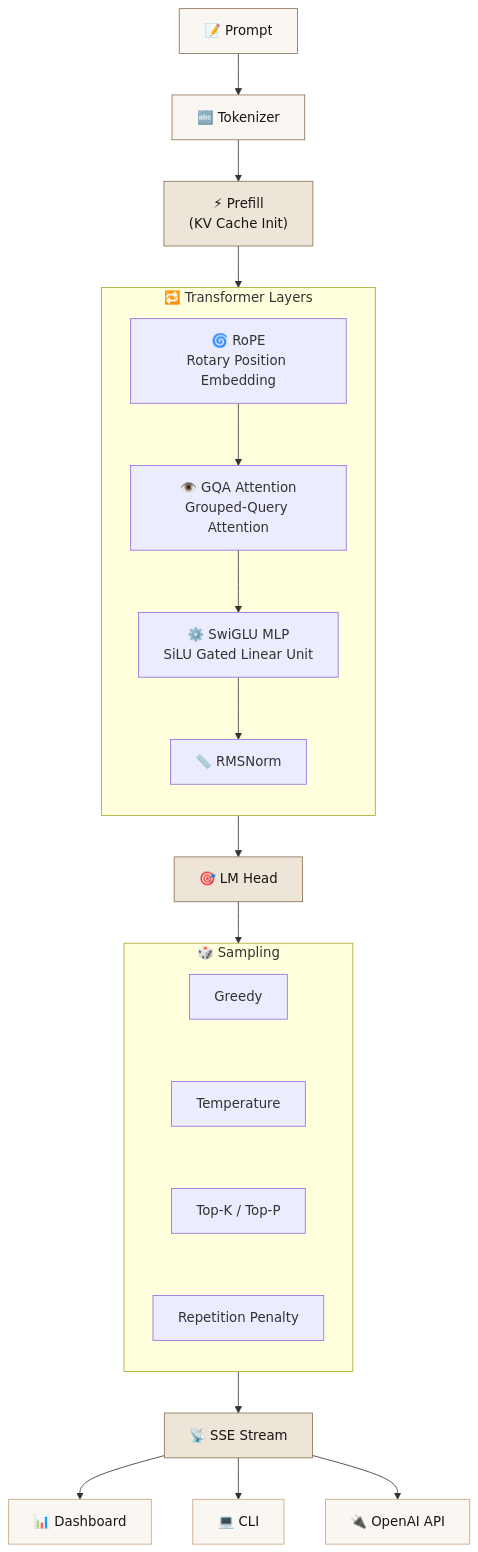
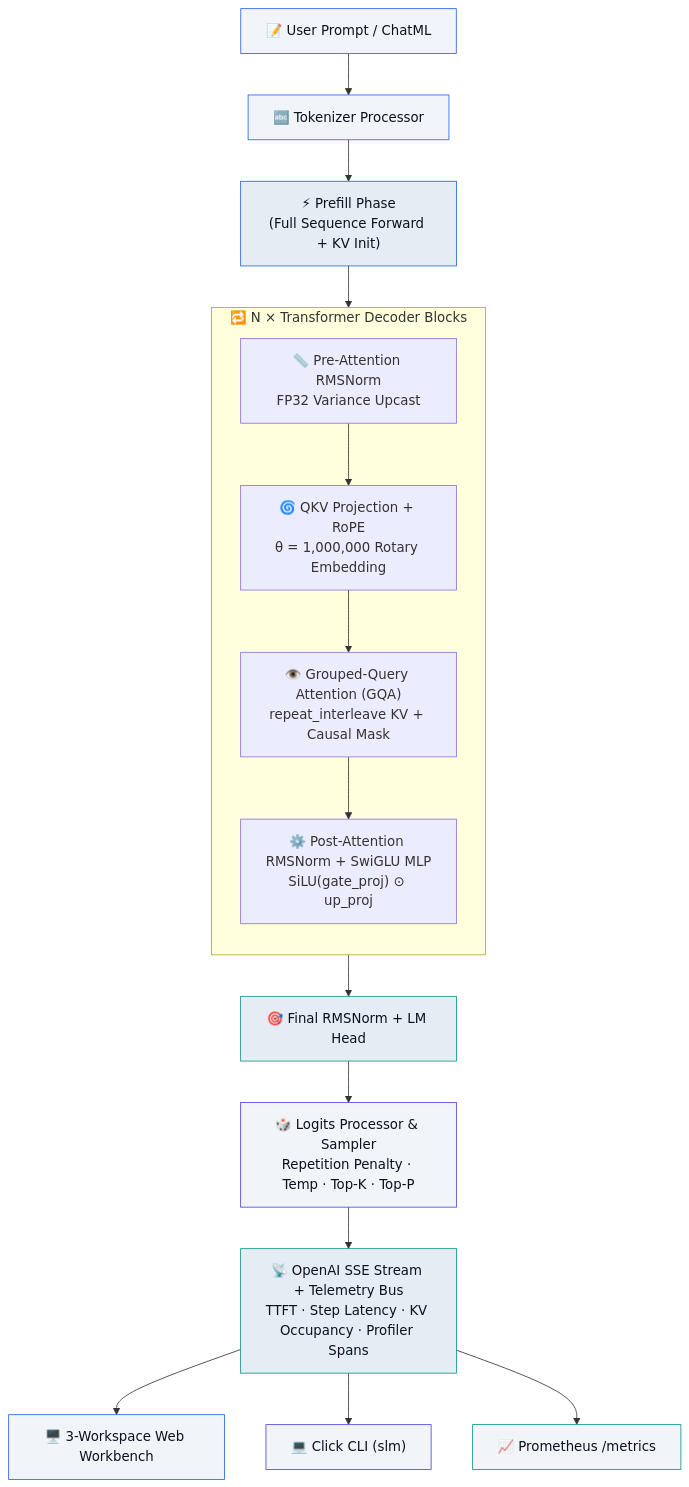
Before and after one commit to ivin-baiju/Custom_SLM_Inference: the first of 2 diagrams in README.md, drawn with Mermaid. The commit also changed other lines of this file and 12 other files, not shown here.

Commit message:
feat: overhaul UI/UX workbench, runtime telemetry, synthetic demo engine, and animated README

````diff
--- a/README.md
+++ b/README.md
@@ -79,37 +65,31 @@
 ```mermaid
 flowchart TD
-    A["📝 Prompt"] --> B["🔤 Tokenizer"]
-    B --> C["⚡ Prefill\n(KV Cache Init)"]
-    C --> D["🔁 Transformer Layers"]
+    A["📝 User Prompt / ChatML"] --> B["🔤 Tokenizer Processor"]
+    B --> C["⚡ Prefill Phase\n(Full Sequence Forward + KV Init)"]
+    C --> D["🔁 N × Transformer Decoder Blocks"]
 
-    subgraph D["🔁 Transformer Layers"]
+    subgraph D["🔁 N × Transformer Decoder Blocks"]
         direction TB
-        D1["🌀 RoPE\nRotary Position Embedding"] --> D2["👁️ GQA Attention\nGrouped-Query Attention"]
-        D2 --> D3["⚙️ SwiGLU MLP\nSiLU Gated Linear Unit"]
-        D3 --> D4["📏 RMSNorm"]
+        D1["📏 Pre-Attention RMSNorm\nFP32 Variance Upcast"] --> D2["🌀 QKV Projection + RoPE\nθ = 1,000,000 Rotary Embedding"]
+        D2 --> D3["👁️ Grouped-Query Attention (GQA)\nrepeat_interleave KV + Causal Mask"]
+        D3 --> D4["⚙️ Post-Attention RMSNorm + SwiGLU MLP\nSiLU(gate_proj) ⊙ up_proj"]
     end
 
-    D --> E["🎯 LM Head"]
-    E --> F["🎲 Sampling"]
+    D --> E["🎯 Final RMSNorm + LM Head"]
+    E --> F["🎲 Logits Processor & Sampler\nRepetition Penalty · Temp · Top-K · Top-P"]
+    F --> G["📡 OpenAI SSE Stream + Telemetry Bus\nTTFT · Step Latency · KV Occupancy · Profiler Spans"]
 
-    subgraph F["🎲 Sampling"]
-        direction TB
-        F1["Greedy"] ~~~ F2["Temperature"]
-        F2 ~~~ F3["Top-K / Top-P"]
-        F3 ~~~ F4["Repetition Penalty"]
-    end
+    G --> H["🖥️ 3-Workspace Web Workbench"]
+    G --> I["💻 Click CLI (slm)"]
+    G --> J["📈 Prometheus /metrics"]
 
-    F --> G["📡 SSE Stream"]
-    G --> H["📊 Dashboard"]
-    G --> I["💻 CLI"]
-    G --> J["🔌 OpenAI API"]
-
-    style A fill:#FAF7F2,stroke:#8C7355,color:#181614
-    style B fill:#FAF7F2,stroke:#8C7355,color:#181614
-    style C fill:#EDE5D8,stroke:#8C7355,color:#181614
-    style E fill:#EDE5D8,stroke:#8C7355,color:#181614
-    style G fill:#EDE5D8,stroke:#8C7355,color:#181614
-    style H fill:#FAF7F2,stroke:#C5A880,color:#181614
-    style I fill:#FAF7F2,stroke:#C5A880,color:#181614
-    style J fill:#FAF7F2,stroke:#C5A880,color:#181614
+    style A fill:#F1F4F9,stroke:#2563EB,color:#0B121E
+    style B fill:#F1F4F9,stroke:#2563EB,color:#0B121E
+    style C fill:#E6ECF4,stroke:#2563EB,color:#0B121E
+    style E fill:#E6ECF4,stroke:#0D9488,color:#0B121E
+    style F fill:#F1F4F9,stroke:#4F46E5,color:#0B121E
+    style G fill:#E6ECF4,stroke:#0D9488,color:#0B121E
+    style H fill:#F1F4F9,stroke:#2563EB,color:#0B121E
+    style I fill:#F1F4F9,stroke:#4F46E5,color:#0B121E
+    style J fill:#F1F4F9,stroke:#0D9488,color:#0B121E
 ```
````
